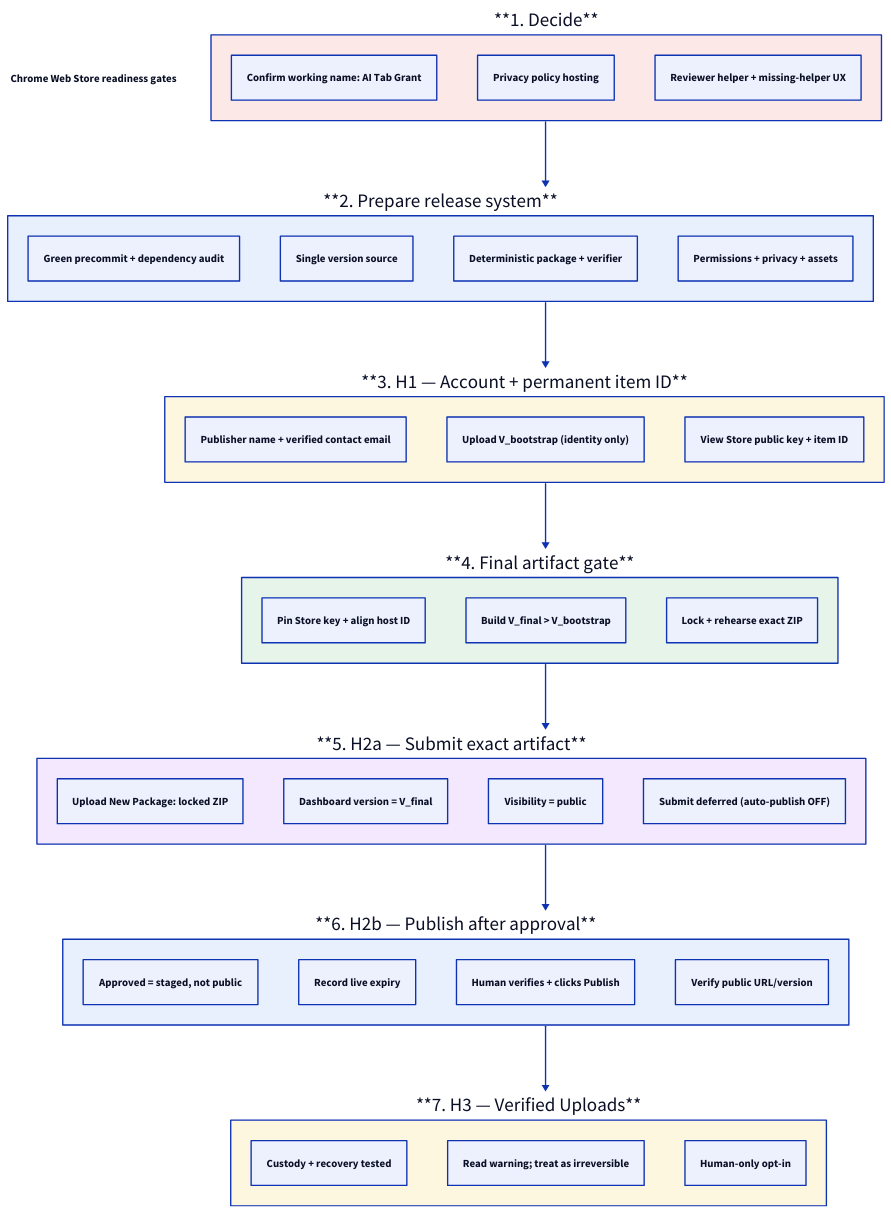
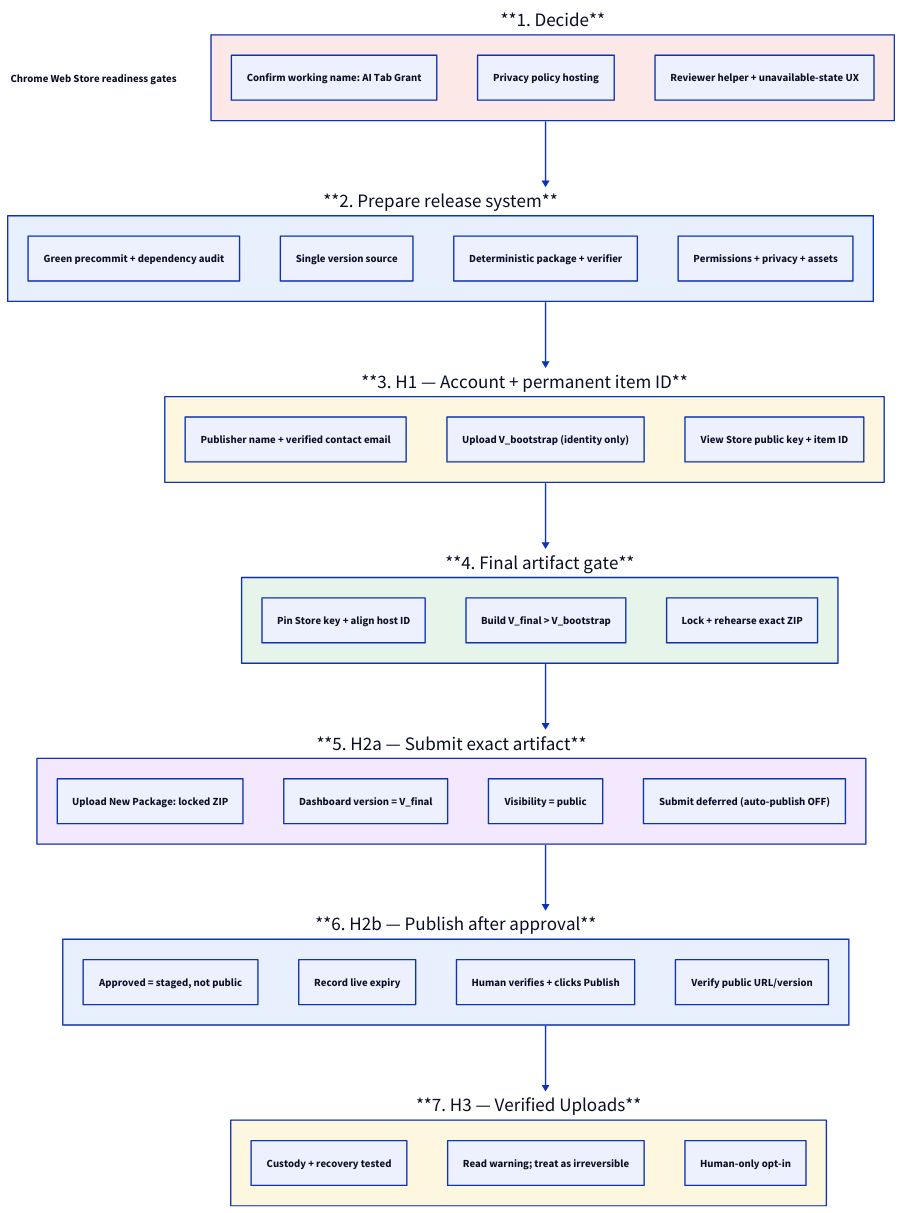
Before and after one commit to ai-4-you/chrome-tab-remote: the diagram in docs/cws-submission-readiness.d2, drawn with D2. The commit also changed 6 other files, not shown here.

```diff
--- a/docs/cws-submission-readiness.d2
+++ b/docs/cws-submission-readiness.d2
@@ -1,66 +1,66 @@
 direction: down
 
 title: |md
   **Chrome Web Store readiness gates**
 |
 
 decide: {
   label: "**1. Decide**"
   style.fill: "#fde8e8"
   name: "Confirm working name: AI Tab Grant"
   policy: "Privacy policy hosting"
-  reviewer: "Reviewer helper + missing-helper UX"
+  reviewer: "Reviewer helper + unavailable-state UX"
 }
 
 prepare: {
   label: "**2. Prepare release system**"
   style.fill: "#e8f0fe"
   audit: "Green precommit + dependency audit"
   version: "Single version source"
   package: "Deterministic package + verifier"
   listing: "Permissions + privacy + assets"
 }
 
 h1: {
   label: "**3. H1 — Account + permanent item ID**"
   style.fill: "#fef7e0"
   account: "Publisher name + verified contact email"
   bootstrap: "Upload V_bootstrap (identity only)"
   key: "View Store public key + item ID"
 }
 
 final: {
   label: "**4. Final artifact gate**"
   style.fill: "#e6f4ea"
   pin: "Pin Store key + align host ID"
   version: "Build V_final > V_bootstrap"
   rehearse: "Lock + rehearse exact ZIP"
 }
 
 h2a: {
   label: "**5. H2a — Submit exact artifact**"
   style.fill: "#f3e8fd"
   upload: "Upload New Package: locked ZIP"
   verify: "Dashboard version = V_final"
   public: "Visibility = public"
   defer: "Submit deferred (auto-publish OFF)"
 }
 
 h2b: {
   label: "**6. H2b — Publish after approval**"
   style.fill: "#e8f0fe"
   staged: "Approved = staged, not public"
   expiry: "Record live expiry"
   publish: "Human verifies + clicks Publish"
   proof: "Verify public URL/version"
 }
 
 h3: {
   label: "**7. H3 — Verified Uploads**"
   style.fill: "#fef7e0"
   custody: "Custody + recovery tested"
   warning: "Read warning; treat as irreversible"
   optin: "Human-only opt-in"
 }
 
 decide -> prepare -> h1 -> final -> h2a -> h2b -> h3
```
